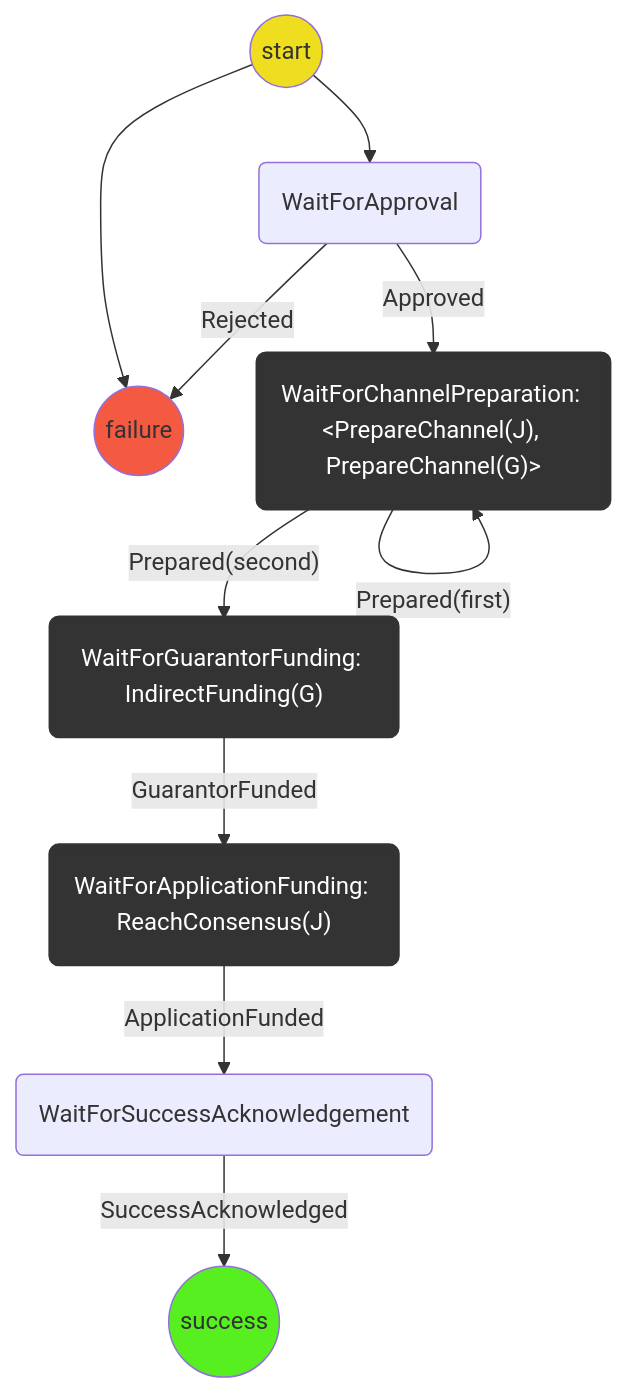
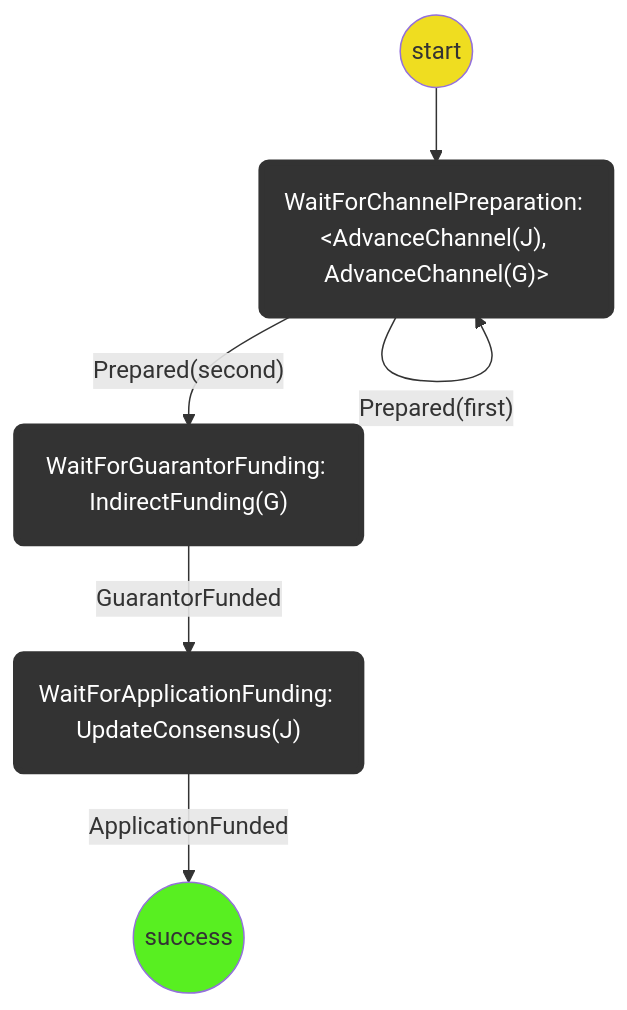
The second of 2 diagrams in packages/wallet/packages/wallet/src/redux/protocols/virtual-funding/readme.md (statechannels/statechannels), drawn with Mermaid before and after one commit. The commit also changed other lines of this file and 13 other files, not shown here.

First line of the commit message:
Merge pull request #554 from magmo/virtual-funding-protocol

````diff
--- a/packages/wallet/packages/wallet/src/redux/protocols/virtual-funding/readme.md
+++ b/packages/wallet/packages/wallet/src/redux/protocols/virtual-funding/readme.md
@@ -73,28 +73,20 @@
 ```mermaid
 graph TD
 linkStyle default interpolate basis
-  St((start)) --> F((failure))
-  St((start)) --> WFAp(WaitForApproval)
-  WFAp --> |Approved| WFOC("WaitForChannelPreparation: #60;PrepareChannel(J), PrepareChannel(G)#62;")
+  St((start)) --> WFOC("WaitForChannelPreparation: #60;AdvanceChannel(J), AdvanceChannel(G)#62;")
 
   WFOC --> |"Prepared(first)"| WFOC
   WFOC --> |"Prepared(second)"| WFGF("WaitForGuarantorFunding: IndirectFunding(G)")
 
-  WFGF --> |GuarantorFunded| WFAF("WaitForApplicationFunding: ReachConsensus(J)")
-  WFAF --> |ApplicationFunded| WFSA(WaitForSuccessAcknowledgement)
-  WFSA --> |SuccessAcknowledged| S((success))
-  WFAp --> |Rejected| F((failure))
+  WFGF --> |GuarantorFunded| WFAF("WaitForApplicationFunding: UpdateConsensus(J)")
+  WFAF --> |ApplicationFunded| S((success))
 
   classDef logic fill:#efdd20;
   classDef Success fill:#58ef21;
   classDef Failure fill:#f45941;
   classDef WaitForChildProtocol stroke:#333,stroke-width:4px,color:#ffff,fill:#333;
   class St logic;
   class S Success;
   class F Failure;
-  class Fi WaitForChildProtocol
-  class WFOC WaitForChildProtocol
-  class WFJ WaitForChildProtocol
-  class WFAF WaitForChildProtocol
-  class WFGF WaitForChildProtocol
+  class WFAp,Fi,WFOC,WFJ,WFAF,WFGF WaitForChildProtocol
 ```
````
